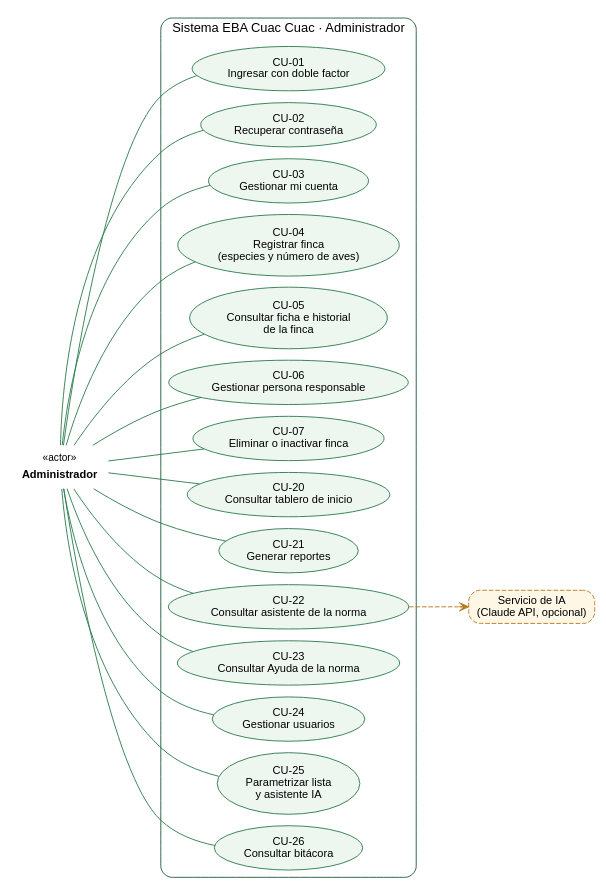
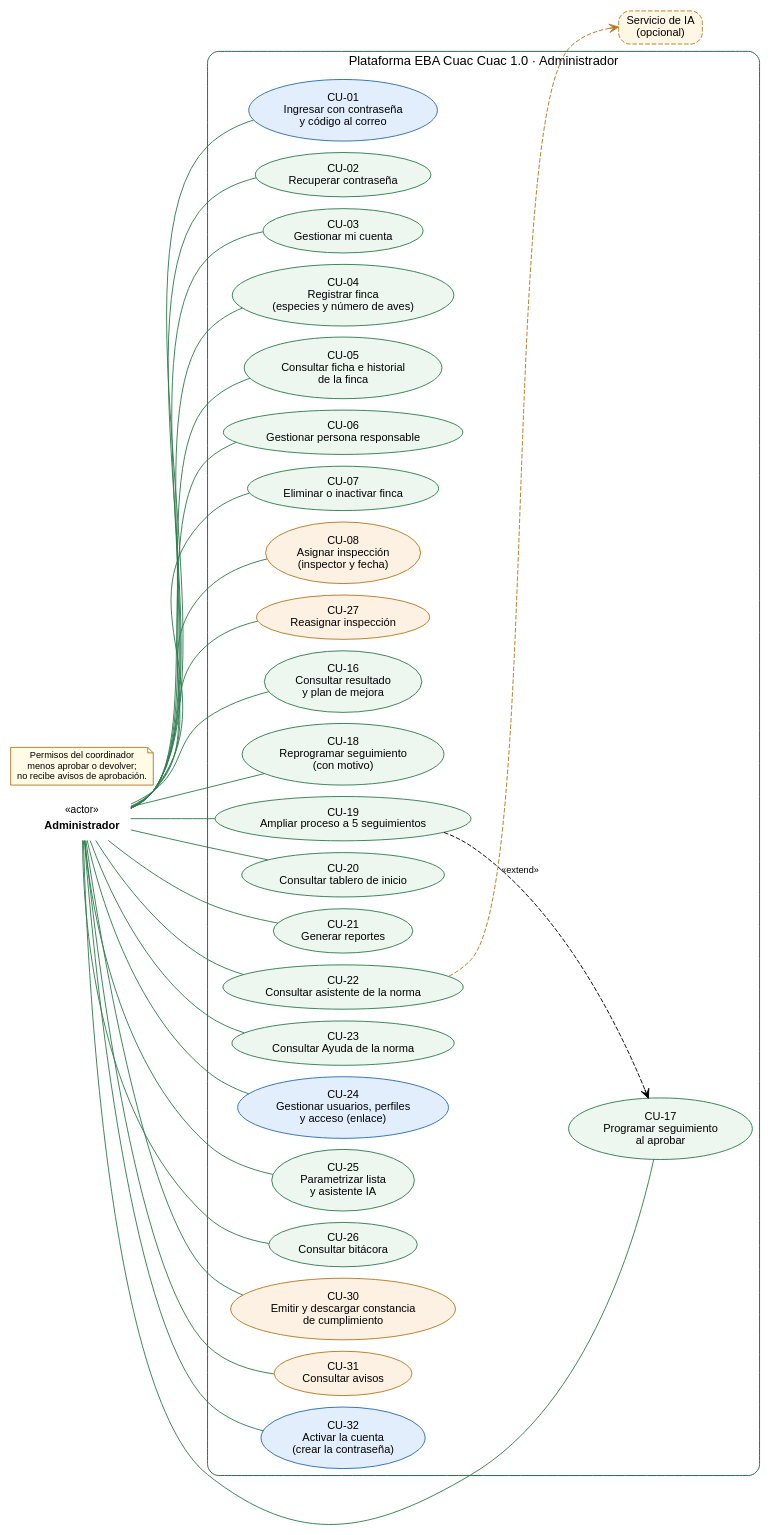
One commit to luisalejandroavilacastillo-stack/EBA_Cuac_Cuac changed the diagram in codigo/docs/uml/fuentes/cu_04_administrador.dot. Above: the diagram before and after it, drawn with Graphviz. The commit also changed 388 other files, not shown here.

```diff
--- a/codigo/docs/uml/fuentes/cu_04_administrador.dot
+++ b/codigo/docs/uml/fuentes/cu_04_administrador.dot
@@ -1,38 +1,58 @@
 digraph G {
 rankdir=LR; nodesep=0.18; ranksep=0.9; fontname="Arial"; bgcolor="white";
 node [fontname="Arial", fontsize=12]; edge [fontname="Arial", fontsize=10, arrowhead=none, color="#2e7d4f"];
 A [shape=none, label=<<table border="0"><tr><td><font point-size="11" color="#555">«actor»</font></td></tr><tr><td><b>Administrador</b></td></tr></table>>];
-subgraph cluster_s { label="Sistema EBA Cuac Cuac · Administrador"; style="rounded"; color="#1f5d3a"; fontsize=14;
+subgraph cluster_s { label="Plataforma EBA Cuac Cuac 1.0 · Administrador"; style="rounded"; color="#1f5d3a"; fontsize=14;
 node [shape=ellipse, style=filled, fillcolor="#eef6f0", color="#2e7d4f"];
-C1 [label="CU-01\nIngresar con doble factor"];
+C1 [label="CU-01\nIngresar con contraseña\ny código al correo", fillcolor="#e3eefd", color="#2b6cb0"];
 C2 [label="CU-02\nRecuperar contraseña"];
 C3 [label="CU-03\nGestionar mi cuenta"];
 C4 [label="CU-04\nRegistrar finca\n(especies y número de aves)"];
 C5 [label="CU-05\nConsultar ficha e historial\nde la finca"];
 C6 [label="CU-06\nGestionar persona responsable"];
 C7 [label="CU-07\nEliminar o inactivar finca"];
+C8 [label="CU-08\nAsignar inspección\n(inspector y fecha)", fillcolor="#fdf1e3", color="#b7791f"];
+C27 [label="CU-27\nReasignar inspección", fillcolor="#fdf1e3", color="#b7791f"];
+C16 [label="CU-16\nConsultar resultado\ny plan de mejora"];
+C17 [label="CU-17\nProgramar seguimiento\nal aprobar"];
+C18 [label="CU-18\nReprogramar seguimiento\n(con motivo)"];
+C19 [label="CU-19\nAmpliar proceso a 5 seguimientos"];
 C20 [label="CU-20\nConsultar tablero de inicio"];
 C21 [label="CU-21\nGenerar reportes"];
 C22 [label="CU-22\nConsultar asistente de la norma"];
 C23 [label="CU-23\nConsultar Ayuda de la norma"];
-C24 [label="CU-24\nGestionar usuarios"];
+C24 [label="CU-24\nGestionar usuarios, perfiles\ny acceso (enlace)", fillcolor="#e3eefd", color="#2b6cb0"];
 C25 [label="CU-25\nParametrizar lista\ny asistente IA"];
 C26 [label="CU-26\nConsultar bitácora"];
+C30 [label="CU-30\nEmitir y descargar constancia\nde cumplimiento", fillcolor="#fdf1e3", color="#b7791f"];
+C31 [label="CU-31\nConsultar avisos", fillcolor="#fdf1e3", color="#b7791f"];
+C32 [label="CU-32\nActivar la cuenta\n(crear la contraseña)", fillcolor="#e3eefd", color="#2b6cb0"];
 }
+A -> C32;
 A -> C1;
 A -> C2;
 A -> C3;
 A -> C4;
 A -> C5;
 A -> C6;
 A -> C7;
+A -> C8;
+A -> C27;
+A -> C16;
+A -> C17;
+A -> C18;
+A -> C19;
 A -> C20;
 A -> C21;
 A -> C22;
 A -> C23;
 A -> C24;
 A -> C25;
 A -> C26;
-IA [shape=box, style="rounded,dashed,filled", fillcolor="#fff7e6", color="#b7791f", label="Servicio de IA\n(Claude API, opcional)"];
+A -> C30;
+A -> C31;
+C19 -> C17 [style=dashed, arrowhead=vee, label="«extend»", color="#666"];
+IA [shape=box, style="rounded,dashed,filled", fillcolor="#fff7e6", color="#b7791f", label="Servicio de IA\n(opcional)"];
 C22 -> IA [style=dashed, arrowhead=vee, color="#b7791f"];
+N [shape=note, style=filled, fillcolor="#fffbe6", color="#b7791f", fontsize=10, label="Permisos del coordinador\nmenos aprobar o devolver;\nno recibe avisos de aprobación."];
 }
```
